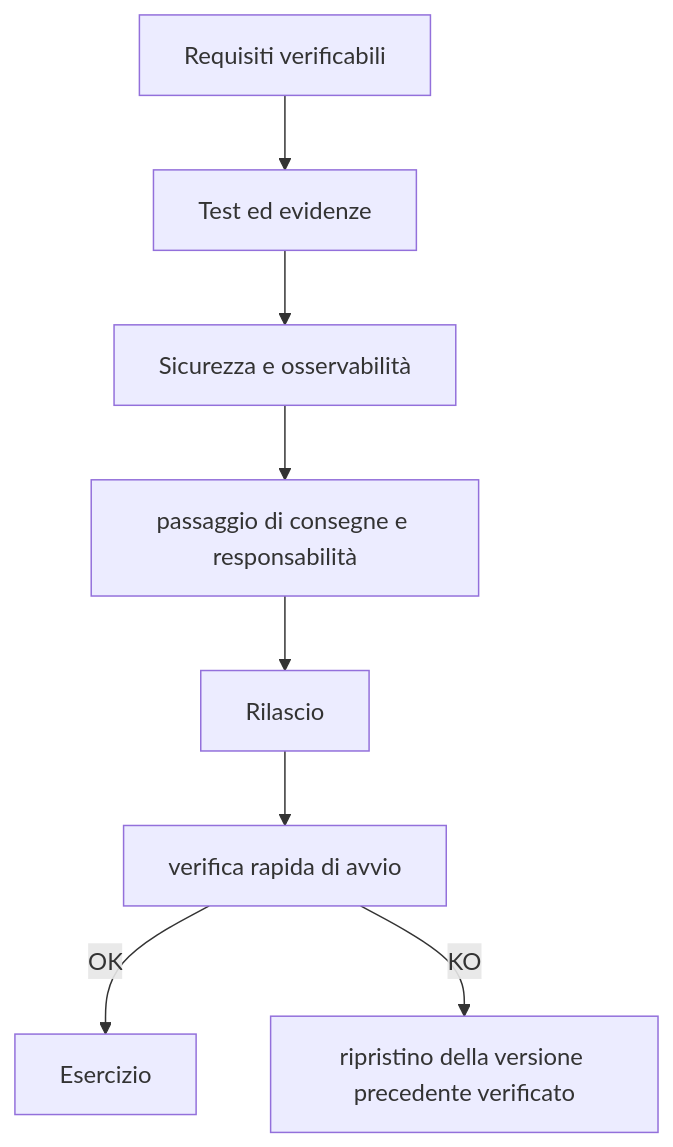
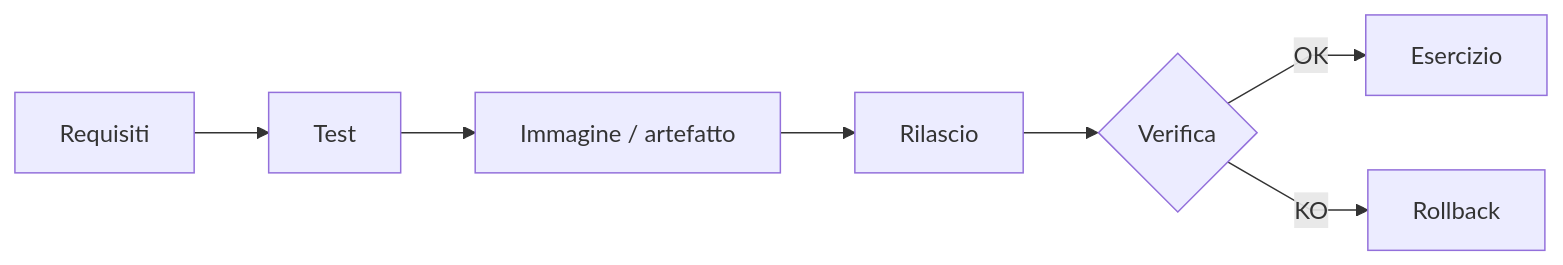
The sixth of 6 diagrams in slides.qmd (andreabz/R_per_IT), drawn with Mermaid before and after one commit. The commit also changed other lines of this file, not shown here.

````diff
--- a/slides.qmd
+++ b/slides.qmd
@@ -368,11 +414,11 @@
 ```{mermaid}
 %%| echo: false
-flowchart TD
- A["Requisiti verificabili"] --> B["Test ed evidenze"]
- B --> C["Sicurezza e osservabilità"]
- C --> D["passaggio di consegne e responsabilità"]
- D --> E["Rilascio"]
- E --> F["verifica rapida di avvio"]
- F -->|OK| G["Esercizio"]
- F -->|KO| H["ripristino della versione precedente verificato"]
+%%{init: {"flowchart": {"curve": "linear"}, "themeVariables": {"fontSize": "16px"}}}%%
+flowchart LR
+ A["Requisiti"] --> B["Test"]
+ B --> C["Immagine / artefatto"]
+ C --> D["Rilascio"]
+ D --> E{"Verifica"}
+ E -->|OK| F["Esercizio"]
+ E -->|KO| G["Rollback"]
 ```
````
